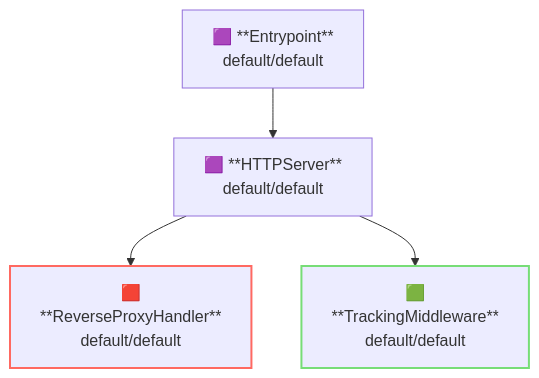
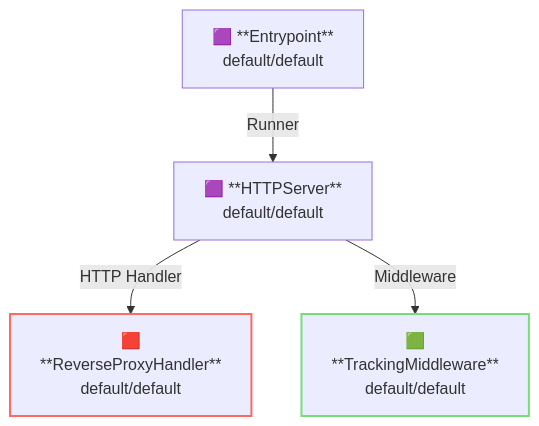
One commit to aileron-gateway/aileron-gateway changed the second of 2 diagrams in examples/tracking/README.md. Above: the diagram before and after it, drawn with Mermaid. The commit also changed other lines of this file and 244 other files, not shown here.

````diff
--- a/examples/tracking/README.md
+++ b/examples/tracking/README.md
@@ -107,14 +69,14 @@
 ```mermaid
 graph TD
   Entrypoint["🟪 **Entrypoint**</br>default/default"]
   HTTPServer["🟪 **HTTPServer**</br>default/default"]
   TrackingMiddleware["🟩</br>**TrackingMiddleware**</br>default/default"]
   ReverseProxyHandler["🟥</br>**ReverseProxyHandler**</br>default/default"]
 
-Entrypoint --> HTTPServer
-HTTPServer --> ReverseProxyHandler
-HTTPServer --> TrackingMiddleware
+Entrypoint --"Runner"--> HTTPServer
+HTTPServer --"HTTP Handler"--> ReverseProxyHandler
+HTTPServer --"Middleware"--> TrackingMiddleware
 
 style TrackingMiddleware stroke:#77dd77,stroke-width:2px
 style ReverseProxyHandler stroke:#ff6961,stroke-width:2px
 ```
````
